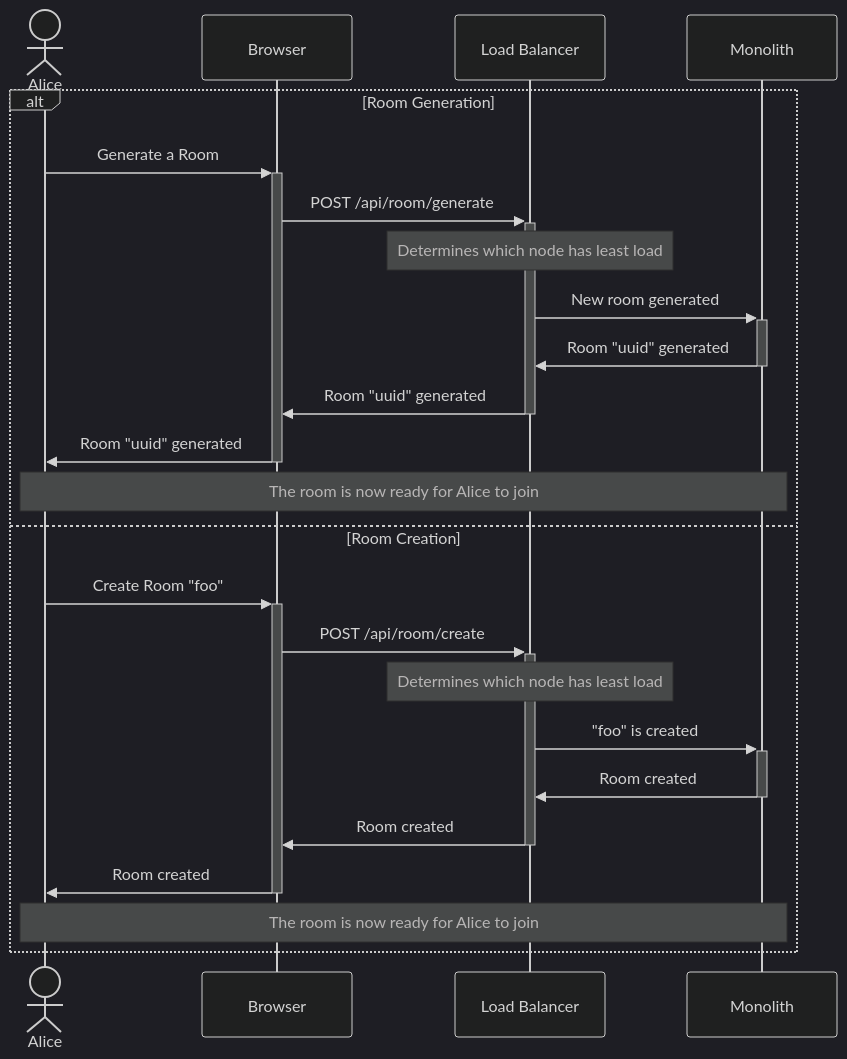
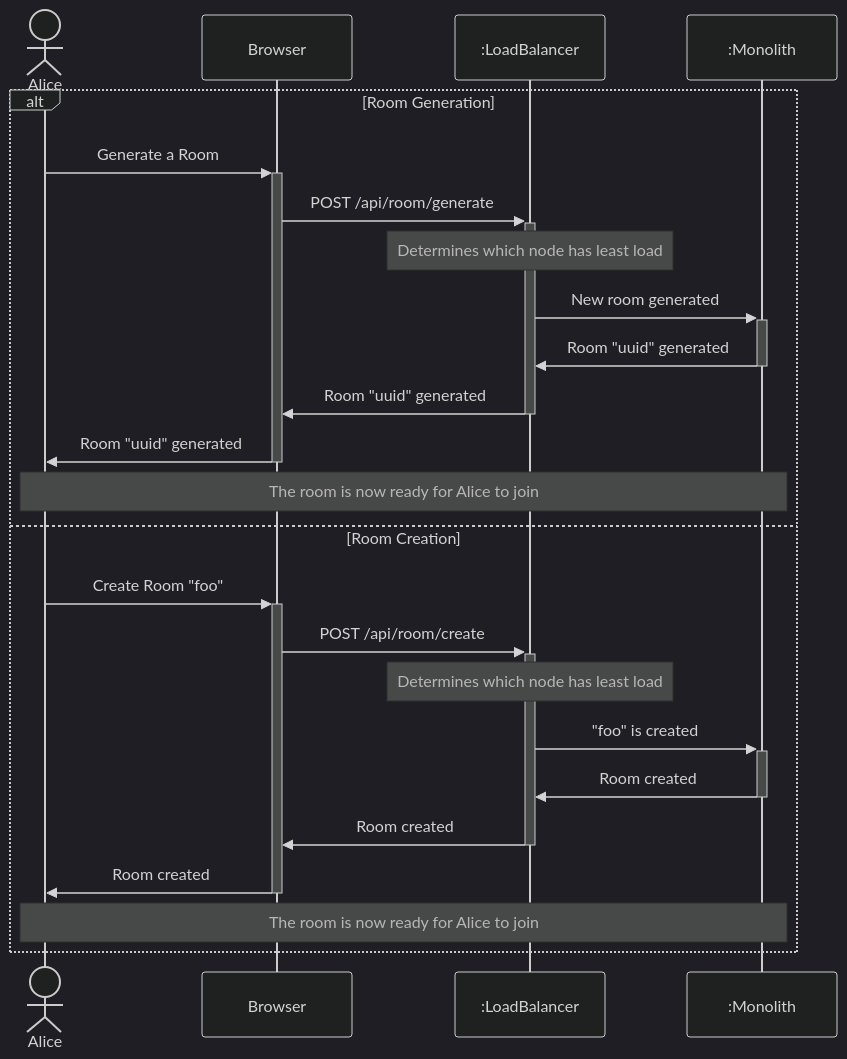
One commit to dyc3/senior-design changed the diagram in figures/create-room-diag.mmd. Above: the diagram before and after it, drawn with Mermaid (dark theme). The commit also changed 9 other files, not shown here.

First line of the commit message:
object notation in sequence diagrams (#206)

```diff
--- a/figures/create-room-diag.mmd
+++ b/figures/create-room-diag.mmd
@@ -1,24 +1,24 @@
 sequenceDiagram
     actor Alice
     participant OTT as Browser
-    participant L as Load Balancer
-    participant N as Monolith
+    participant L as :LoadBalancer
+    participant N as :Monolith
     alt Room Generation
     Alice->>+OTT: Generate a Room
     OTT->>+L: POST /api/room/generate
     Note over L: Determines which node has least load
     L->>+N: New room generated
     N->>-L: Room "uuid" generated
     L->>-OTT: Room "uuid" generated
     OTT->>-Alice: Room "uuid" generated
     Note over Alice,N: The room is now ready for Alice to join
     else Room Creation
     Alice->>+OTT: Create Room "foo"
     OTT->>+L: POST /api/room/create
     Note over L: Determines which node has least load
     L->>+N: "foo" is created
     N->>-L: Room created
     L->>-OTT: Room created
     OTT->>-Alice: Room created
     Note over Alice,N: The room is now ready for Alice to join
     end
```
